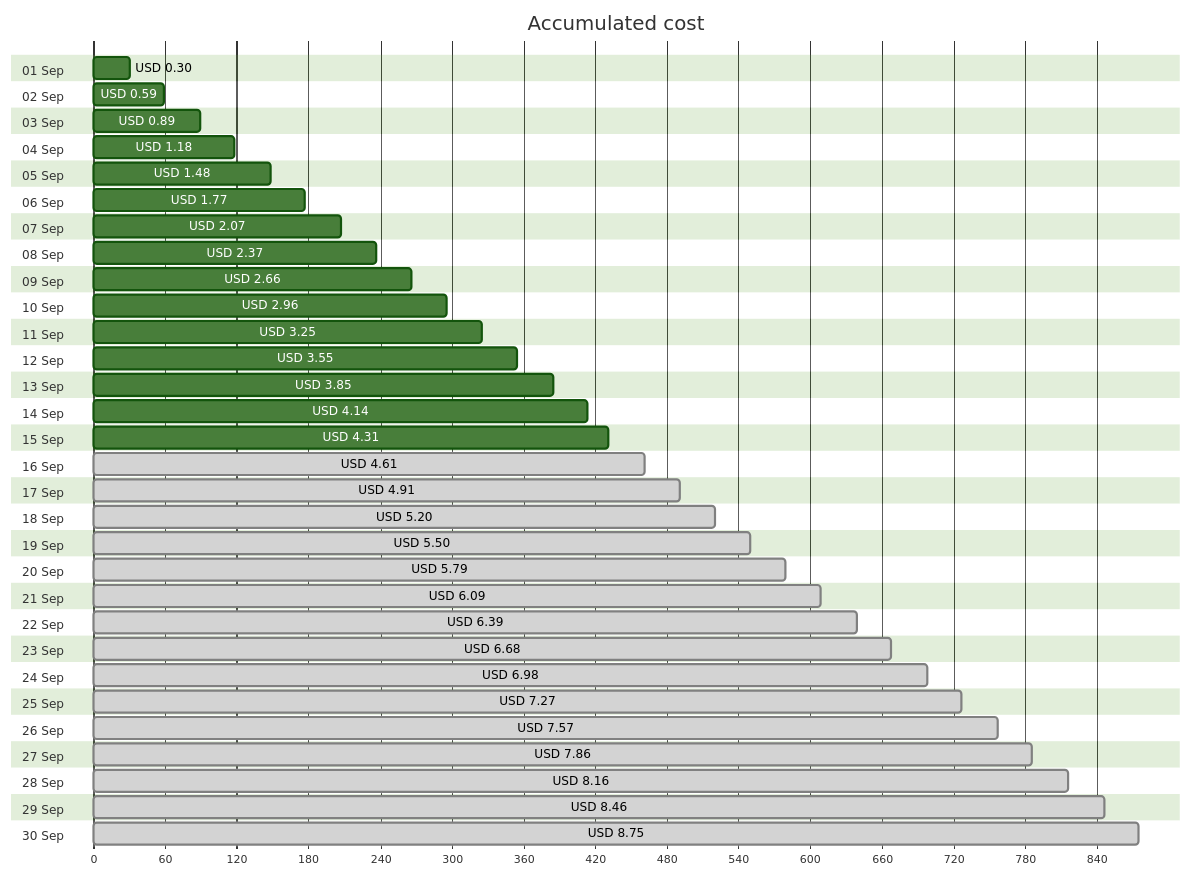
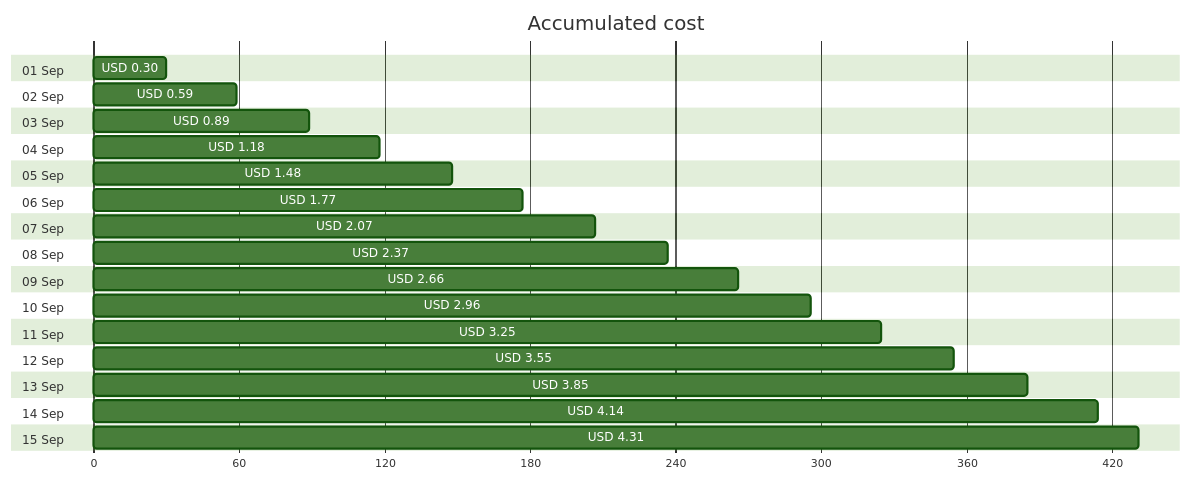
The first of 4 diagrams in cost-reports/personal-site/personal-site.md (jpfulton/azure-personal-reports), drawn with Mermaid (forest theme) before and after one commit. The commit also changed other lines of this file and 9 other files, not shown here.

````diff
--- a/cost-reports/personal-site/personal-site.md
+++ b/cost-reports/personal-site/personal-site.md
@@ -20,66 +20,36 @@
 ```mermaid
 gantt
    title Accumulated cost
    dateFormat  X
    axisFormat %s
    section 01 Sep
    USD 0.30 :0, 30
    section 02 Sep
    USD 0.59 :0, 59
    section 03 Sep
    USD 0.89 :0, 89
    section 04 Sep
    USD 1.18 :0, 118
    section 05 Sep
    USD 1.48 :0, 148
    section 06 Sep
    USD 1.77 :0, 177
    section 07 Sep
    USD 2.07 :0, 207
    section 08 Sep
    USD 2.37 :0, 237
    section 09 Sep
    USD 2.66 :0, 266
    section 10 Sep
    USD 2.96 :0, 296
    section 11 Sep
    USD 3.25 :0, 325
    section 12 Sep
    USD 3.55 :0, 355
    section 13 Sep
    USD 3.85 :0, 385
    section 14 Sep
    USD 4.14 :0, 414
    section 15 Sep
    USD 4.31 :0, 431
-   section 16 Sep
-   USD 4.61 : done, 0, 461
-   section 17 Sep
-   USD 4.91 : done, 0, 491
-   section 18 Sep
-   USD 5.20 : done, 0, 520
-   section 19 Sep
-   USD 5.50 : done, 0, 550
-   section 20 Sep
-   USD 5.79 : done, 0, 579
-   section 21 Sep
-   USD 6.09 : done, 0, 609
-   section 22 Sep
-   USD 6.39 : done, 0, 639
-   section 23 Sep
-   USD 6.68 : done, 0, 668
-   section 24 Sep
-   USD 6.98 : done, 0, 698
-   section 25 Sep
-   USD 7.27 : done, 0, 727
-   section 26 Sep
-   USD 7.57 : done, 0, 757
-   section 27 Sep
-   USD 7.86 : done, 0, 786
-   section 28 Sep
-   USD 8.16 : done, 0, 816
-   section 29 Sep
-   USD 8.46 : done, 0, 846
-   section 30 Sep
-   USD 8.75 : done, 0, 875
 ```
````
